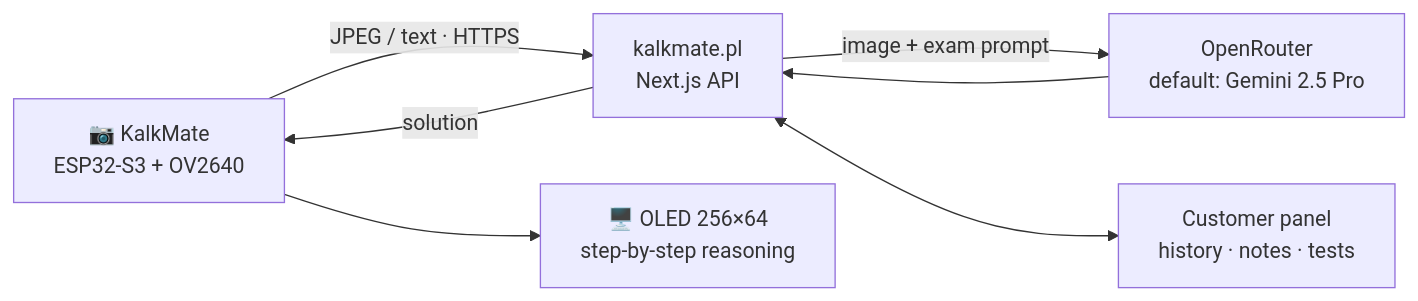
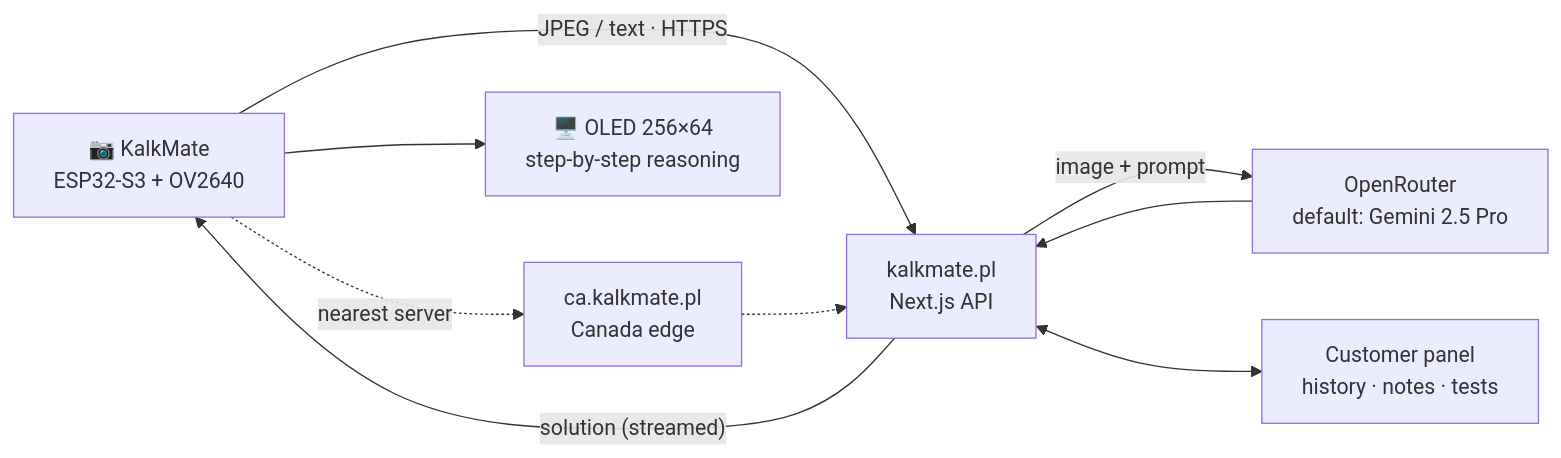
Before and after one commit to KAJPER/KalkMate: the diagram in README.en.md, drawn with Mermaid. The commit also changed other lines of this file and 1 other file, not shown here.

````diff
--- a/README.en.md
+++ b/README.en.md
@@ -45,9 +44,11 @@
 ```mermaid
 flowchart LR
     A["📷 KalkMate<br/>ESP32-S3 + OV2640"] -- "JPEG / text · HTTPS" --> B["kalkmate.pl<br/>Next.js API"]
-    B -- "image + exam prompt" --> C["OpenRouter<br/>default: Gemini 2.5 Pro"]
+    A -. "nearest server" .-> F["ca.kalkmate.pl<br/>Canada edge"]
+    F -.-> B
+    B -- "image + prompt" --> C["OpenRouter<br/>default: Gemini 2.5 Pro"]
     C --> B
-    B -- "solution" --> A
+    B -- "solution (streamed)" --> A
     A --> D["🖥️ OLED 256×64<br/>step-by-step reasoning"]
     B <--> E["Customer panel<br/>history · notes · tests"]
 ```
````
